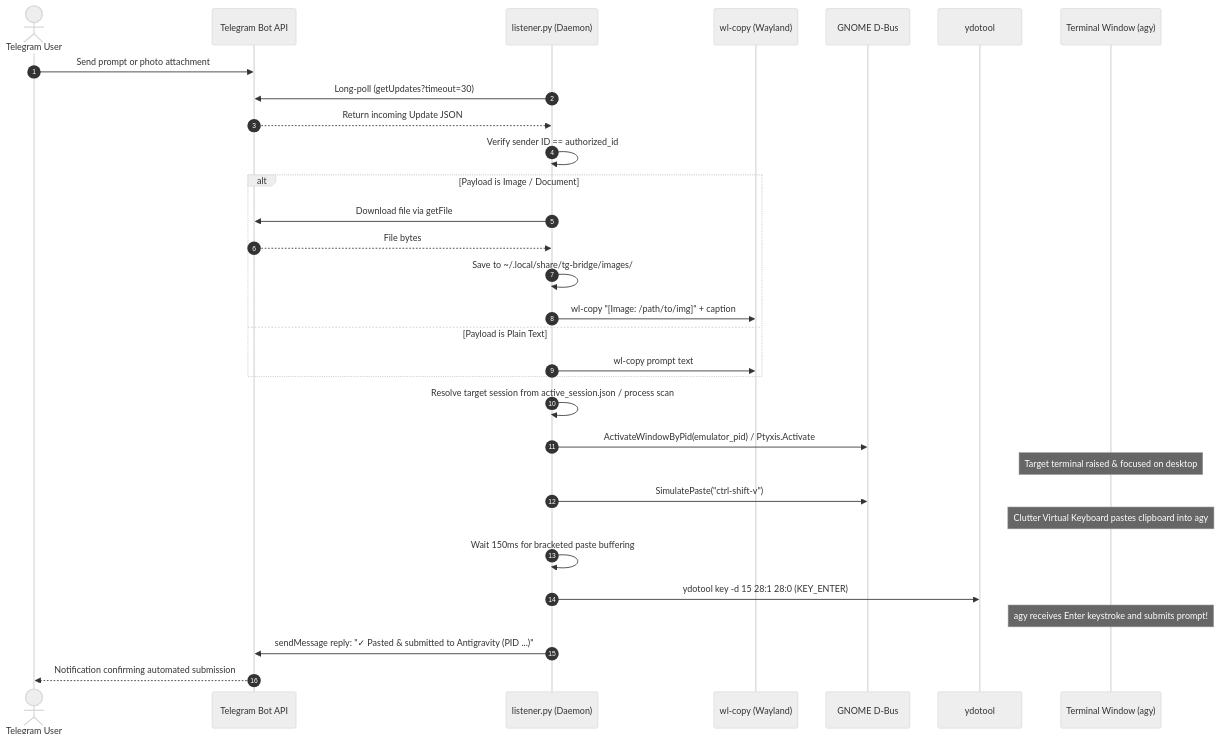
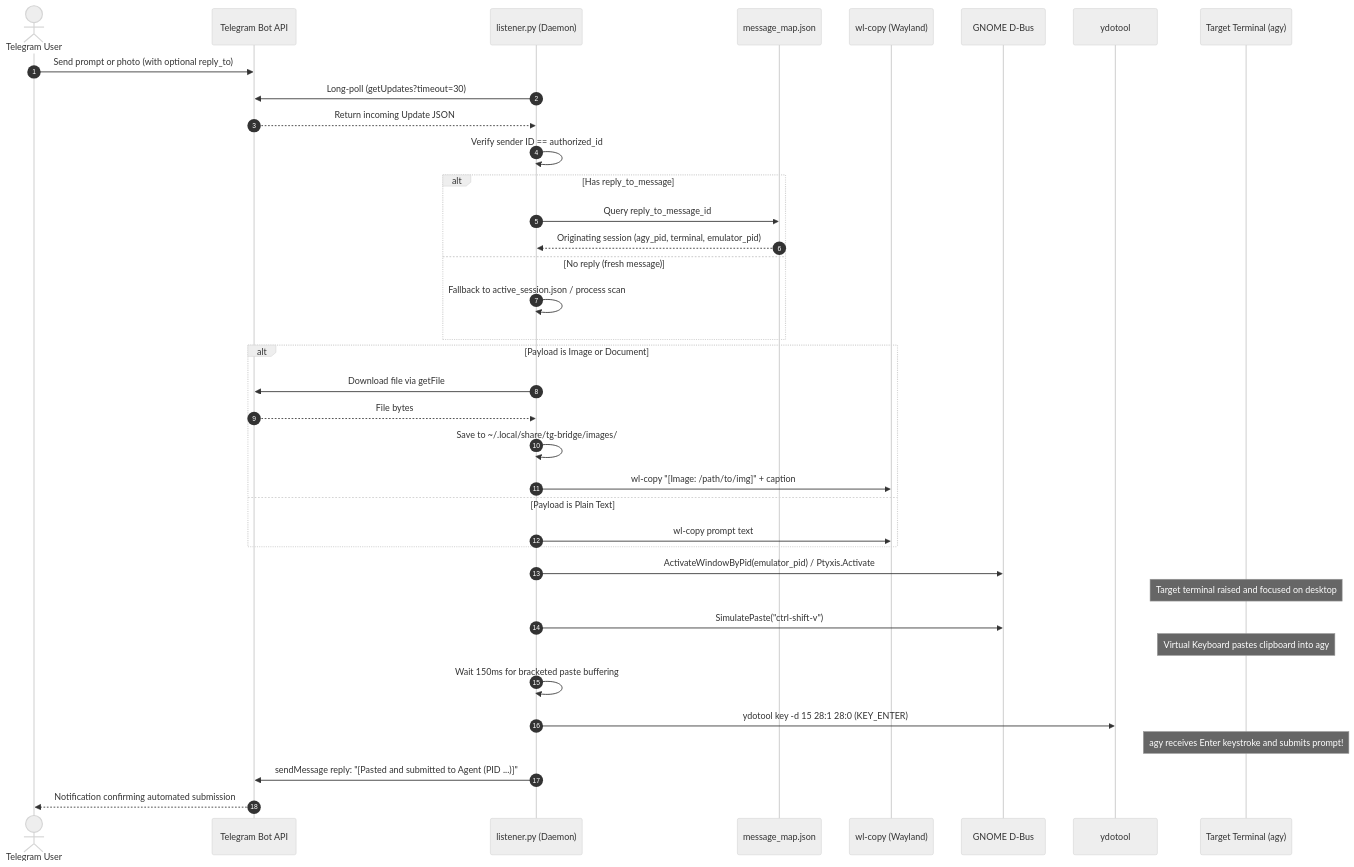
Before and after one commit to jendermine/tg-bridge: the second of 5 diagrams in ARCHITECTURE.md, drawn with Mermaid (neutral theme). The commit also changed other lines of this file and 3 other files, not shown here.

Commit message:
feat: multi-agent reply routing, session header tagging, and remove all emojis

````diff
--- a/ARCHITECTURE.md
+++ b/ARCHITECTURE.md
@@ -75,39 +78,46 @@
 ```mermaid
 sequenceDiagram
     autonumber
     actor User as Telegram User
     participant Bot as Telegram Bot API
     participant Listener as listener.py (Daemon)
+    participant MsgMap as message_map.json
     participant Clipboard as wl-copy (Wayland)
     participant Dbus as GNOME D-Bus
     participant Ydo as ydotool
-    participant Terminal as Terminal Window (agy)
+    participant Terminal as Target Terminal (agy)
 
-    User->>Bot: Send prompt or photo attachment
+    User->>Bot: Send prompt or photo (with optional reply_to)
     Listener->>Bot: Long-poll (getUpdates?timeout=30)
     Bot-->>Listener: Return incoming Update JSON
     Listener->>Listener: Verify sender ID == authorized_id
 
-    alt Payload is Image / Document
+    alt Has reply_to_message
+        Listener->>MsgMap: Query reply_to_message_id
+        MsgMap-->>Listener: Originating session (agy_pid, terminal, emulator_pid)
+    else No reply (fresh message)
+        Listener->>Listener: Fallback to active_session.json / process scan
+    end
+
+    alt Payload is Image or Document
         Listener->>Bot: Download file via getFile
         Bot-->>Listener: File bytes
         Listener->>Listener: Save to ~/.local/share/tg-bridge/images/
         Listener->>Clipboard: wl-copy "[Image: /path/to/img]" + caption
     else Payload is Plain Text
         Listener->>Clipboard: wl-copy prompt text
     end
 
-    Listener->>Listener: Resolve target session from active_session.json / process scan
     Listener->>Dbus: ActivateWindowByPid(emulator_pid) / Ptyxis.Activate
-    Note over Terminal: Target terminal raised & focused on desktop
+    Note over Terminal: Target terminal raised and focused on desktop
 
     Listener->>Dbus: SimulatePaste("ctrl-shift-v")
-    Note over Terminal: Clutter Virtual Keyboard pastes clipboard into agy
+    Note over Terminal: Virtual Keyboard pastes clipboard into agy
     Listener->>Listener: Wait 150ms for bracketed paste buffering
 
     Listener->>Ydo: ydotool key -d 15 28:1 28:0 (KEY_ENTER)
     Note over Terminal: agy receives Enter keystroke and submits prompt!
 
-    Listener->>Bot: sendMessage reply: "✓ Pasted & submitted to Antigravity (PID ...)"
+    Listener->>Bot: sendMessage reply: "[Pasted and submitted to Agent (PID ...)]"
     Bot-->>User: Notification confirming automated submission
 ```
````
